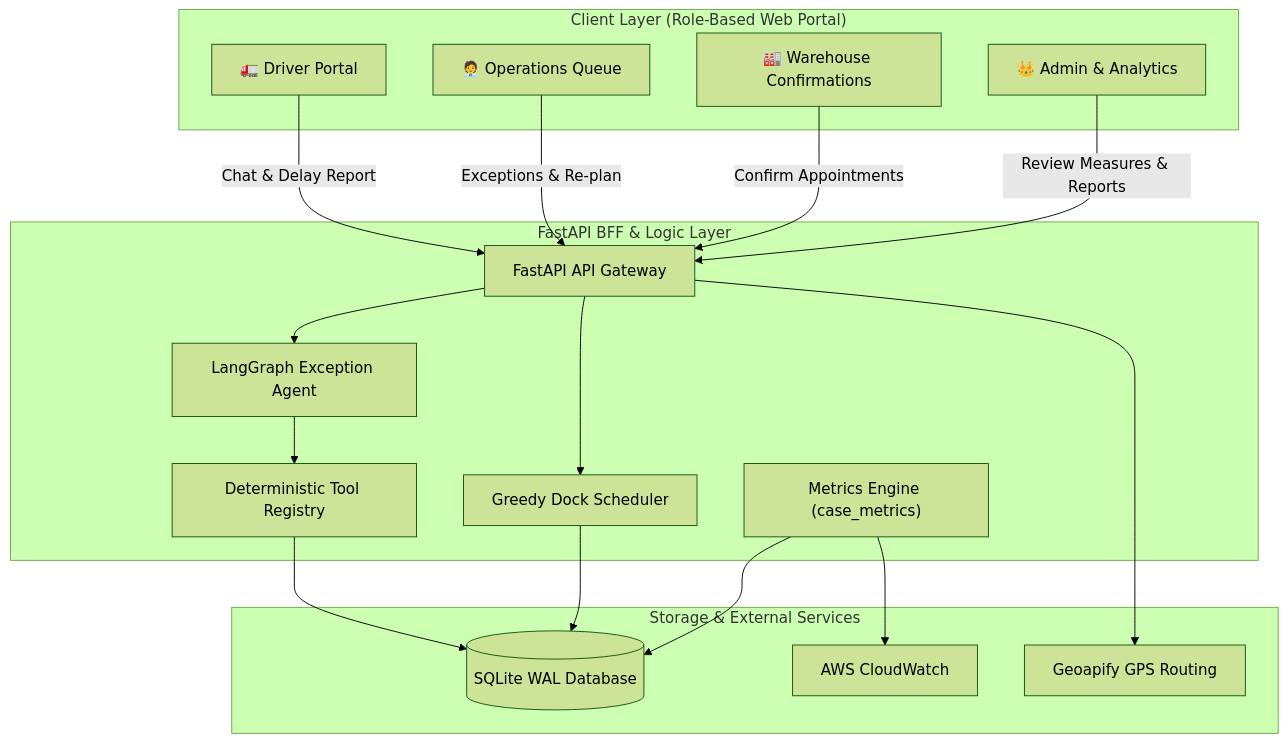
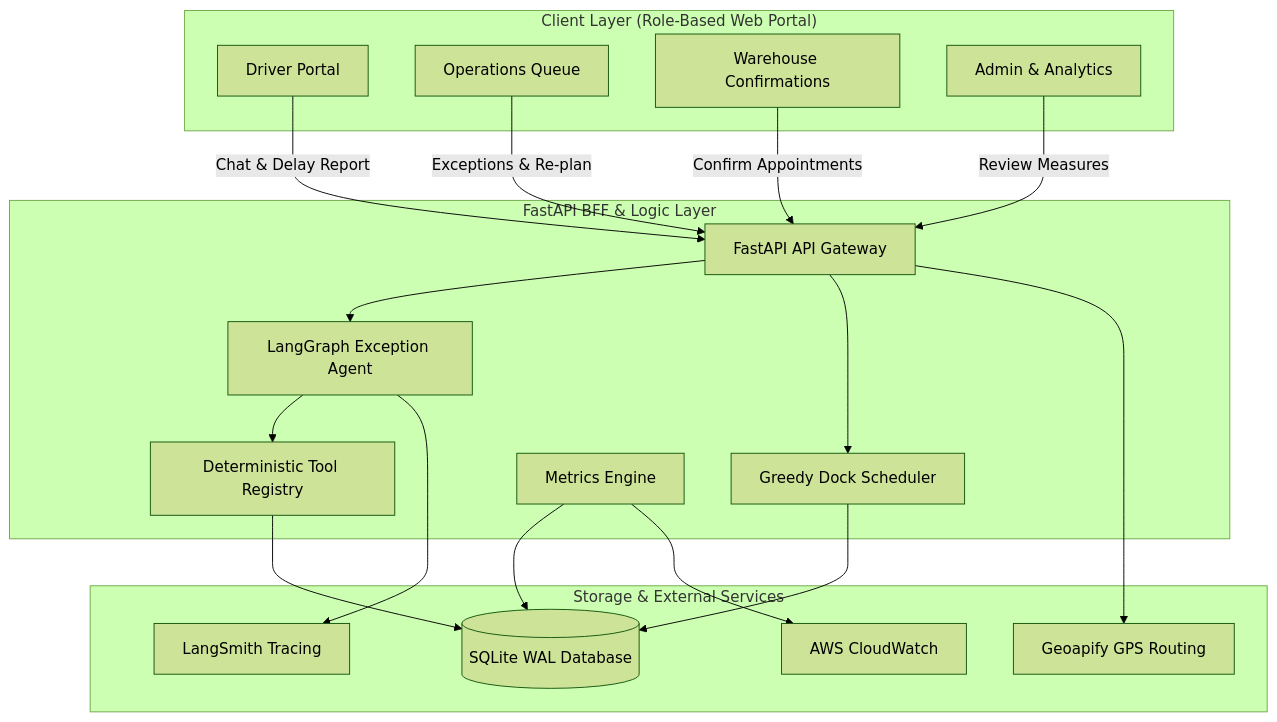
Before and after one commit to learningsam20/sethaul-scheduling: the first of 2 diagrams in README.md, drawn with Mermaid (forest theme). The commit also changed other lines of this file and 17 other files, not shown here.

````diff
--- a/README.md
+++ b/README.md
@@ -44,37 +76,39 @@
 ```mermaid
 flowchart TD
     subgraph UI ["Client Layer (Role-Based Web Portal)"]
-        Driver["🚛 Driver Portal"]
-        Ops["🧑‍💼 Operations Queue"]
-        WH["🏭 Warehouse Confirmations"]
-        Admin["👑 Admin & Analytics"]
+        Driver["Driver Portal"]
+        Ops["Operations Queue"]
+        WH["Warehouse Confirmations"]
+        Admin["Admin & Analytics"]
     end
 
     subgraph Backend ["FastAPI BFF & Logic Layer"]
         API["FastAPI API Gateway"]
         Agent["LangGraph Exception Agent"]
         Tools["Deterministic Tool Registry"]
         Scheduler["Greedy Dock Scheduler"]
-        Metrics["Metrics Engine (case_metrics)"]
+        Metrics["Metrics Engine"]
     end
 
     subgraph Storage ["Storage & External Services"]
         DB[(SQLite WAL Database)]
         Geo["Geoapify GPS Routing"]
         CW["AWS CloudWatch"]
+        LS["LangSmith Tracing"]
     end
 
     Driver -->|Chat & Delay Report| API
     Ops -->|Exceptions & Re-plan| API
     WH -->|Confirm Appointments| API
-    Admin -->|Review Measures & Reports| API
+    Admin -->|Review Measures| API
 
     API --> Agent
     API --> Scheduler
     Agent --> Tools
     Tools --> DB
     Scheduler --> DB
     API --> Geo
     Metrics --> DB
     Metrics --> CW
+    Agent --> LS
 ```
````
